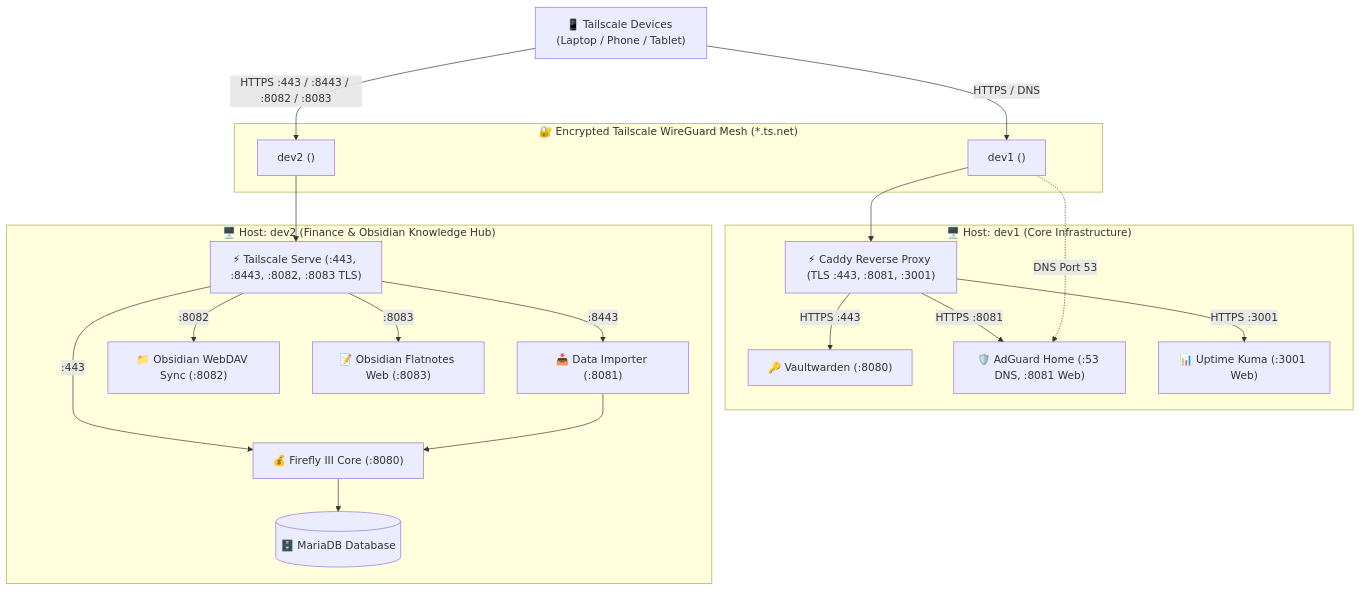
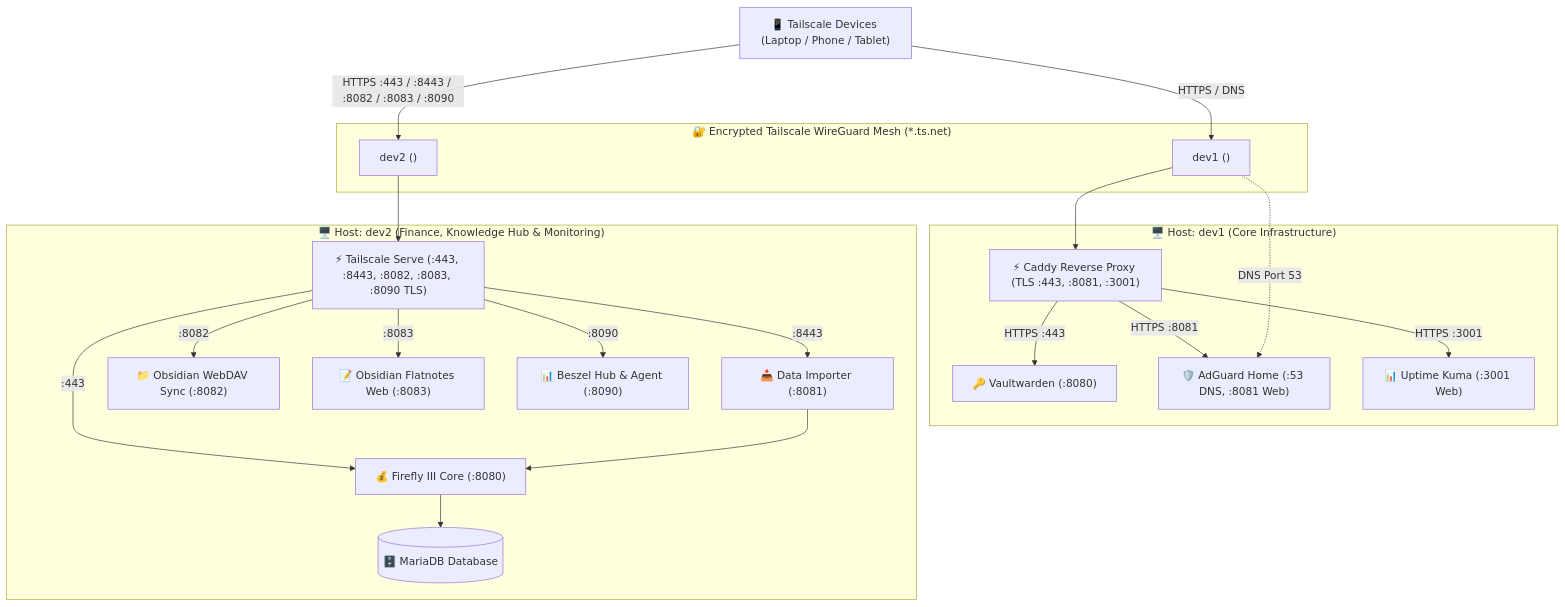
Before and after one commit to sanjay-namdeo/homelab: the diagram in README.md, drawn with Mermaid. The commit also changed other lines of this file and 8 other files, not shown here.

Commit message:
feat(dev2): add Beszel server health dashboard hub & agent stack

````diff
--- a/README.md
+++ b/README.md
@@ -9,41 +9,43 @@
 ```mermaid
 graph TD
     Client["📱 Tailscale Devices (Laptop / Phone / Tablet)"]
 
     subgraph TailscaleMesh ["🔐 Encrypted Tailscale WireGuard Mesh (*.ts.net)"]
         TS1["dev1 (<dev1-tailscale-ip>)"]
         TS2["dev2 (<dev2-tailscale-ip>)"]
     end
 
     subgraph HostDev1 ["🖥️ Host: dev1 (Core Infrastructure)"]
         Caddy["⚡ Caddy Reverse Proxy (TLS :443, :8081, :3001)"]
         VW["🔑 Vaultwarden (:8080)"]
         AG["🛡️ AdGuard Home (:53 DNS, :8081 Web)"]
         UK["📊 Uptime Kuma (:3001 Web)"]
     end
 
-    subgraph HostDev2 ["🖥️ Host: dev2 (Finance & Obsidian Knowledge Hub)"]
-        TS_Serve["⚡ Tailscale Serve (:443, :8443, :8082, :8083 TLS)"]
+    subgraph HostDev2 ["🖥️ Host: dev2 (Finance, Knowledge Hub & Monitoring)"]
+        TS_Serve["⚡ Tailscale Serve (:443, :8443, :8082, :8083, :8090 TLS)"]
         FF["💰 Firefly III Core (:8080)"]
         FDI["📥 Data Importer (:8081)"]
         ObsDAV["📁 Obsidian WebDAV Sync (:8082)"]
         ObsWeb["📝 Obsidian Flatnotes Web (:8083)"]
+        Beszel["📊 Beszel Hub & Agent (:8090)"]
         DB[("🗄️ MariaDB Database")]
     end
 
     Client -->|HTTPS / DNS| TS1
     TS1 --> Caddy
     Caddy -->|HTTPS :443| VW
     Caddy -->|HTTPS :8081| AG
     Caddy -->|HTTPS :3001| UK
     TS1 -.->|DNS Port 53| AG
 
-    Client -->|HTTPS :443 / :8443 / :8082 / :8083| TS2
+    Client -->|HTTPS :443 / :8443 / :8082 / :8083 / :8090| TS2
     TS2 --> TS_Serve
     TS_Serve -->|:443| FF
     TS_Serve -->|:8443| FDI
     TS_Serve -->|:8082| ObsDAV
     TS_Serve -->|:8083| ObsWeb
+    TS_Serve -->|:8090| Beszel
     FF --> DB
     FDI --> FF
 ```
````
